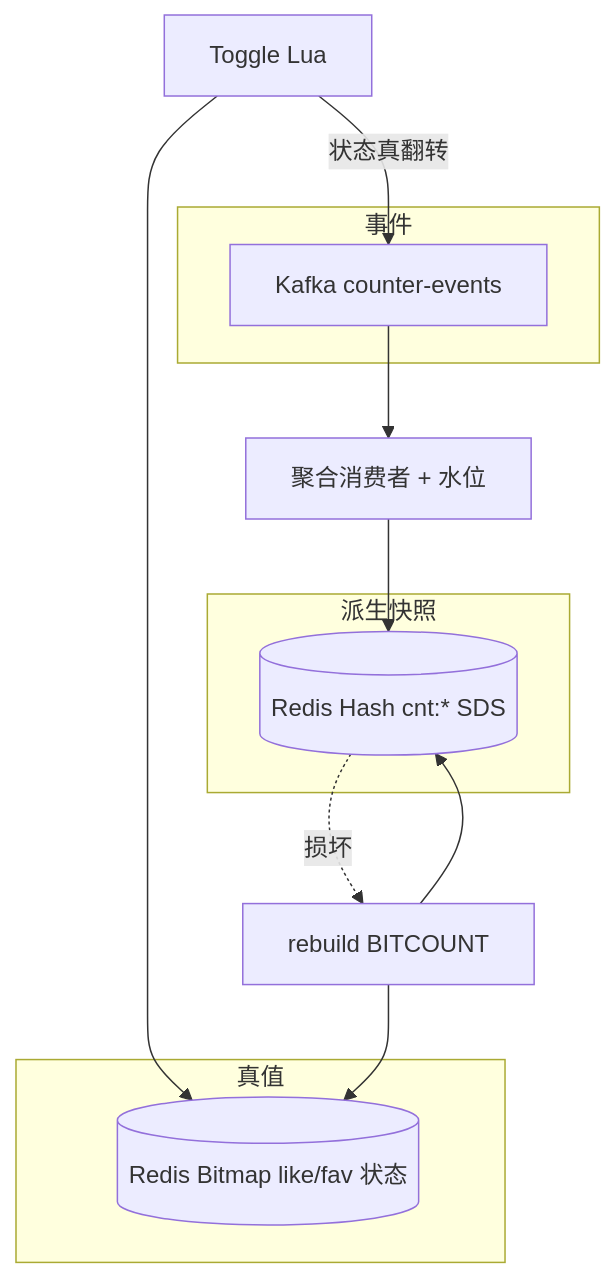
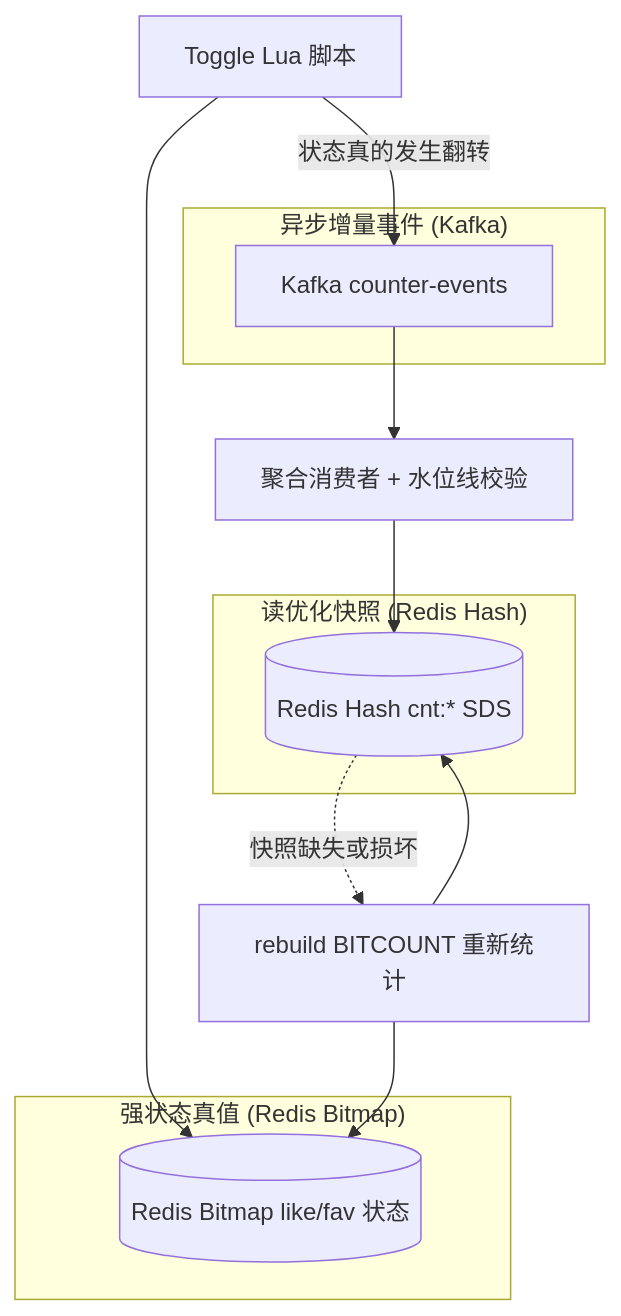
One commit to bitladykiller/zhiguang_go changed the first of 15 diagrams in docs/modules/05-点赞收藏计数模块.md. Above: the diagram before and after it, drawn with Mermaid. The commit also changed other lines of this file and 11 other files, not shown here.

Commit message:
docs: 架构文档增强与纵向流程图

````diff
--- a/docs/modules/05-点赞收藏计数模块.md
+++ b/docs/modules/05-点赞收藏计数模块.md
@@ -27,19 +51,19 @@
 ```mermaid
 flowchart TB
-    subgraph 真值
+    subgraph 真值层["强状态真值 (Redis Bitmap)"]
       B[(Redis Bitmap like/fav 状态)]
     end
-    subgraph 派生快照
+    subgraph 快照层["读优化快照 (Redis Hash)"]
       S[(Redis Hash cnt:* SDS)]
     end
-    subgraph 事件
+    subgraph 事件层["异步增量事件 (Kafka)"]
       K[Kafka counter-events]
     end
-    A[Toggle Lua] --> B
-    A -->|状态真翻转| K
-    K --> C[聚合消费者 + 水位]
+    A[Toggle Lua 脚本] --> B
+    A -->|状态真的发生翻转| K
+    K --> C[聚合消费者 + 水位线校验]
     C --> S
-    S -.损坏.-> R[rebuild BITCOUNT]
+    S -.快照缺失或损坏.-> R[rebuild BITCOUNT 重新统计]
     R --> B
     R --> S
 ```
````
